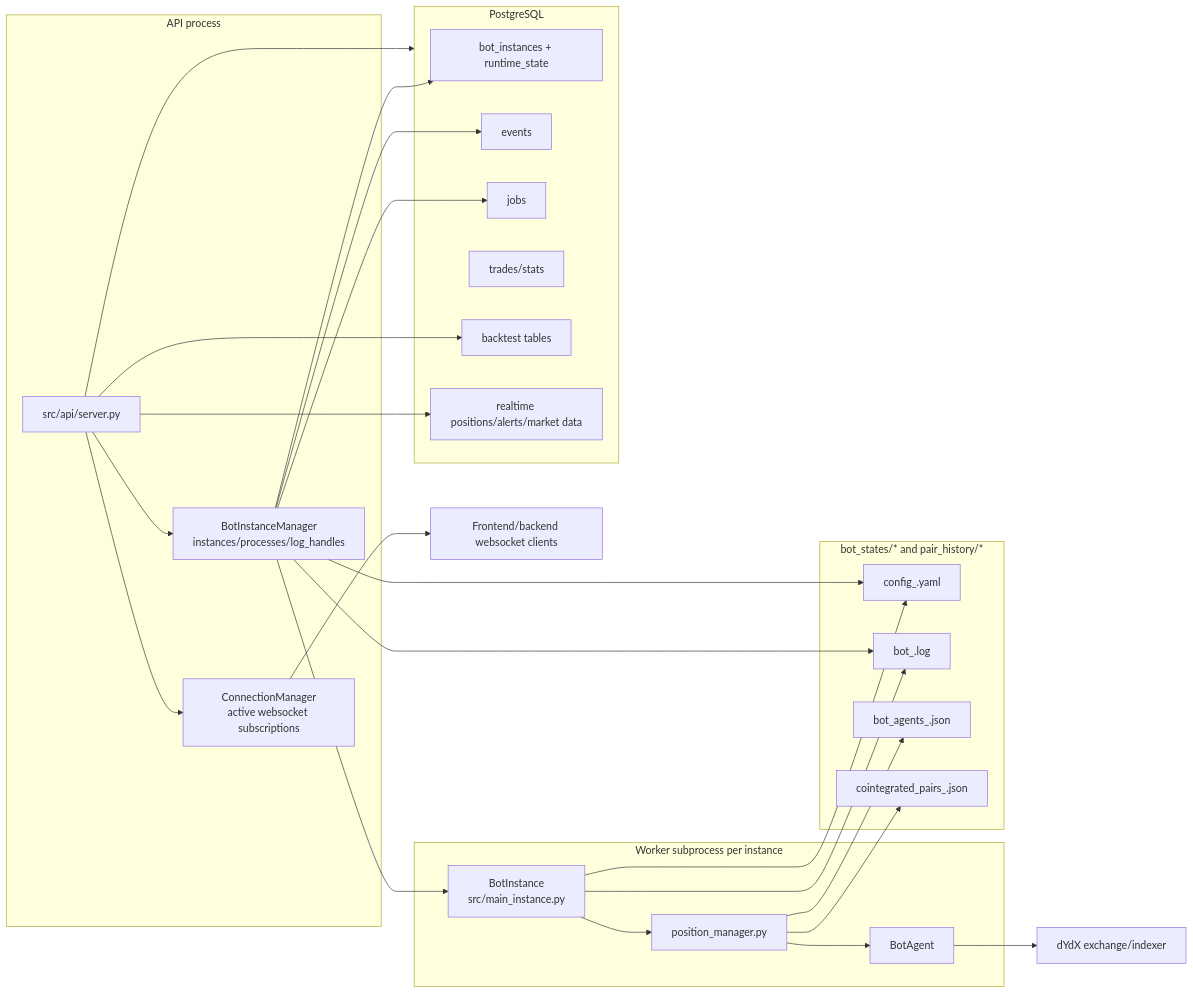
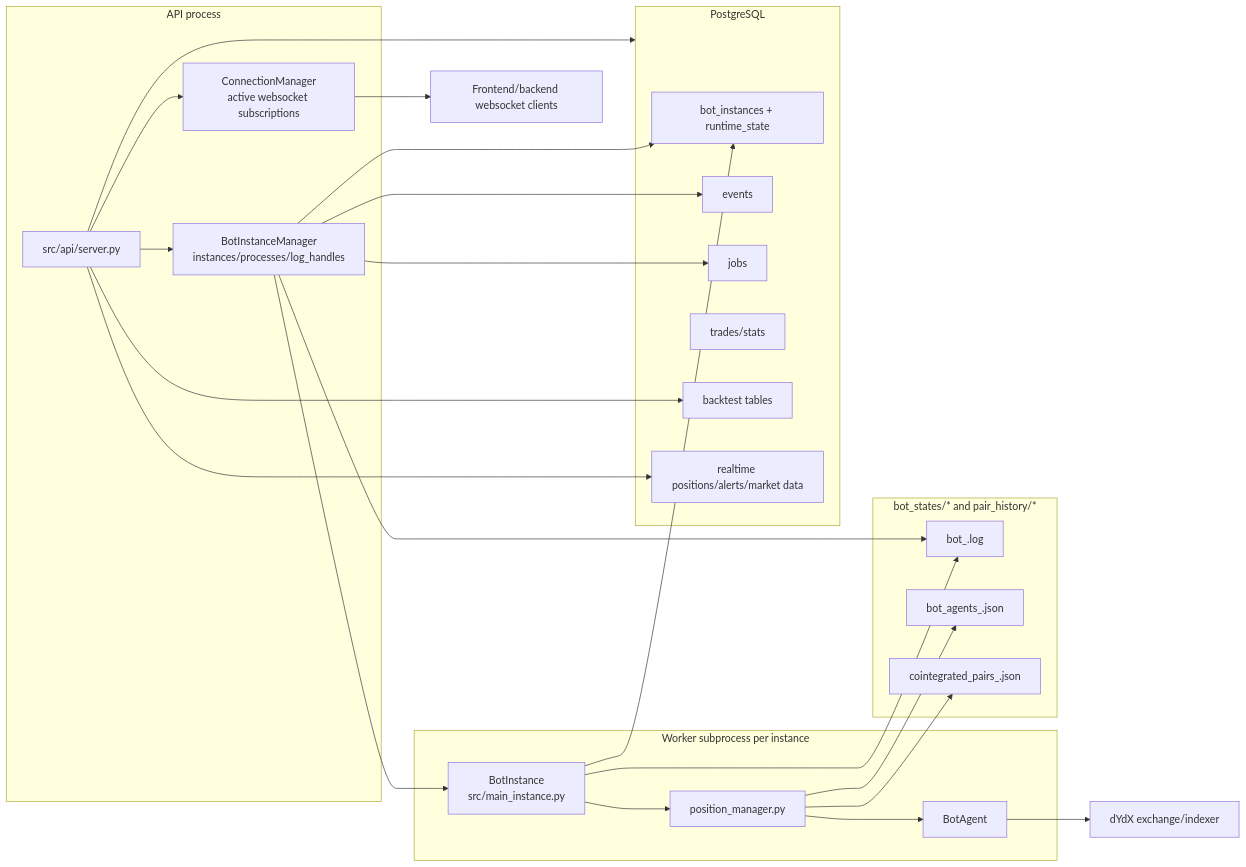
One commit to cploutarchou/dydx-trading-bot changed the ninth of 9 diagrams in bot/docs/BOT_FLOWS.md. Above: the diagram before and after it, drawn with Mermaid. The commit also changed other lines of this file and 36 other files, not shown here.

````diff
--- a/bot/docs/BOT_FLOWS.md
+++ b/bot/docs/BOT_FLOWS.md
@@ -547,50 +546,48 @@
 ```mermaid
 flowchart LR
     subgraph APIProcess["API process"]
         API["src/api/server.py"]
         Manager["BotInstanceManager<br/>instances/processes/log_handles"]
         WS["ConnectionManager<br/>active websocket subscriptions"]
     end
 
     subgraph WorkerProcess["Worker subprocess per instance"]
         Worker["BotInstance<br/>src/main_instance.py"]
         EntryExit["position_manager.py"]
         Agent["BotAgent"]
     end
 
     subgraph Files["bot_states/* and pair_history/*"]
-        ConfigFile["config_<id>.yaml"]
         LogFile["bot_<id>.log"]
         AgentsFile["bot_agents_<id>.json"]
         PairsFile["cointegrated_pairs_<id>.json"]
     end
 
     subgraph Database["PostgreSQL"]
         Bots["bot_instances + runtime_state"]
         Events["events"]
         Jobs["jobs"]
         Trades["trades/stats"]
         Backtests["backtest tables"]
         Realtime["realtime positions/alerts/market data"]
     end
 
     API --> Manager
     API --> Database
     API --> WS
     Manager --> Bots
     Manager --> Events
     Manager --> Jobs
-    Manager --> ConfigFile
     Manager --> LogFile
     Manager --> Worker
-    Worker --> ConfigFile
+    Worker --> Bots
     Worker --> LogFile
     Worker --> EntryExit
     EntryExit --> AgentsFile
     EntryExit --> PairsFile
     EntryExit --> Agent
     Agent --> Exchange["dYdX exchange/indexer"]
     API --> Backtests
     API --> Realtime
     WS --> Client["Frontend/backend websocket clients"]
 ```
````
